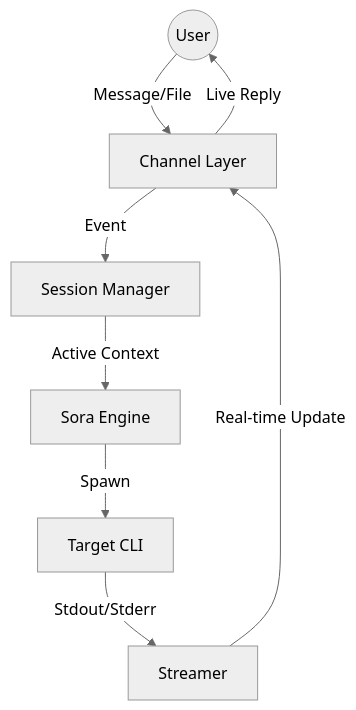
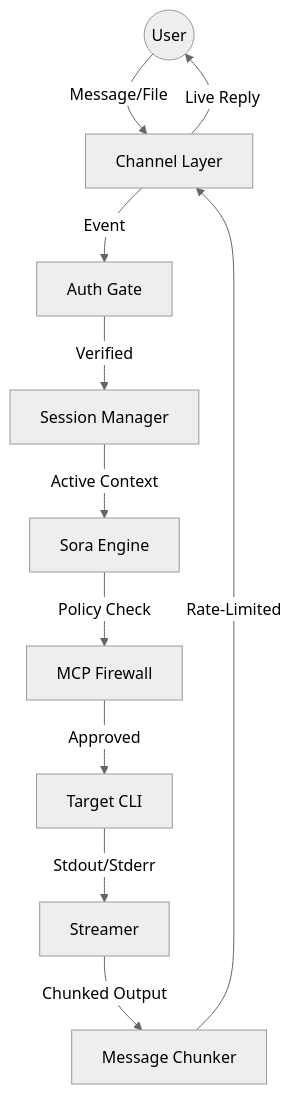
One commit to kagi-labs/minato changed the diagram in docs/ARCHITECTURE.md. Above: the diagram before and after it, drawn with Mermaid (neutral theme). The commit also changed other lines of this file, not shown here.

First line of the commit message:
docs: Deep architecture review — add missing components and detail

````diff
--- a/docs/ARCHITECTURE.md
+++ b/docs/ARCHITECTURE.md
@@ -4,10 +27,13 @@
 ```mermaid
 graph TD
     User((User)) -->|Message/File| Channel[Channel Layer]
-    Channel -->|Event| SessionMgr[Session Manager]
+    Channel -->|Event| Auth[Auth Gate]
+    Auth -->|Verified| SessionMgr[Session Manager]
     SessionMgr -->|Active Context| Engine[Sora Engine]
-    Engine -->|Spawn| CLI[Target CLI]
+    Engine -->|Policy Check| Firewall[MCP Firewall]
+    Firewall -->|Approved| CLI[Target CLI]
     CLI -->|Stdout/Stderr| Streamer[Streamer]
-    Streamer -->|Real-time Update| Channel
+    Streamer -->|Chunked Output| Chunker[Message Chunker]
+    Chunker -->|Rate-Limited| Channel
     Channel -->|Live Reply| User
 ```
````
